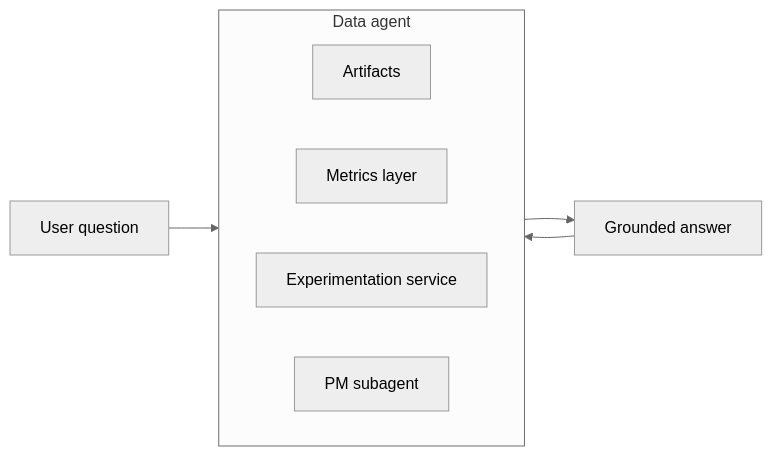
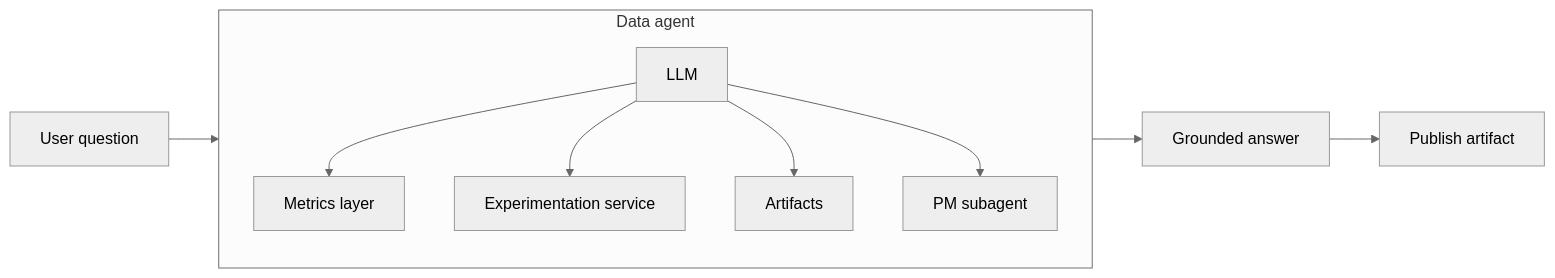
The first of 3 diagrams in docs/product.md (imsid/crew), drawn with Mermaid (neutral theme) before and after one commit.

````diff
--- a/docs/product.md
+++ b/docs/product.md
@@ -61,14 +61,18 @@
 ```mermaid
 flowchart LR
     U["User question"] --> D
     D --> O["Grounded answer"]
-    O --> A["Publish artifact"]
+    O --> PA["Publish artifact"]
 
     subgraph D["Data agent"]
-        direction LR
+        MD["LLM"]
         ML["Metrics layer"]
         E["Experimentation service"]
         A["Artifacts"]
         P["PM subagent"]
+        MD --> ML
+        MD --> E
+        MD --> A
+        MD --> P
     end
 ```
````
